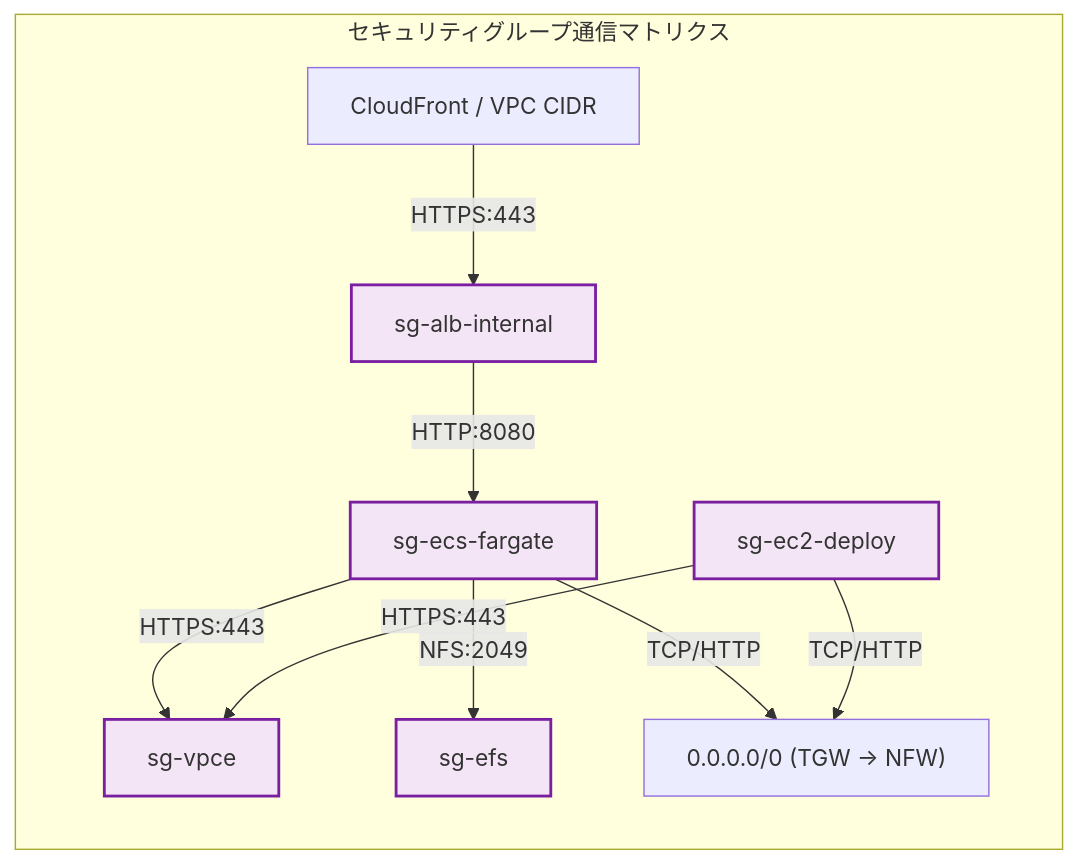
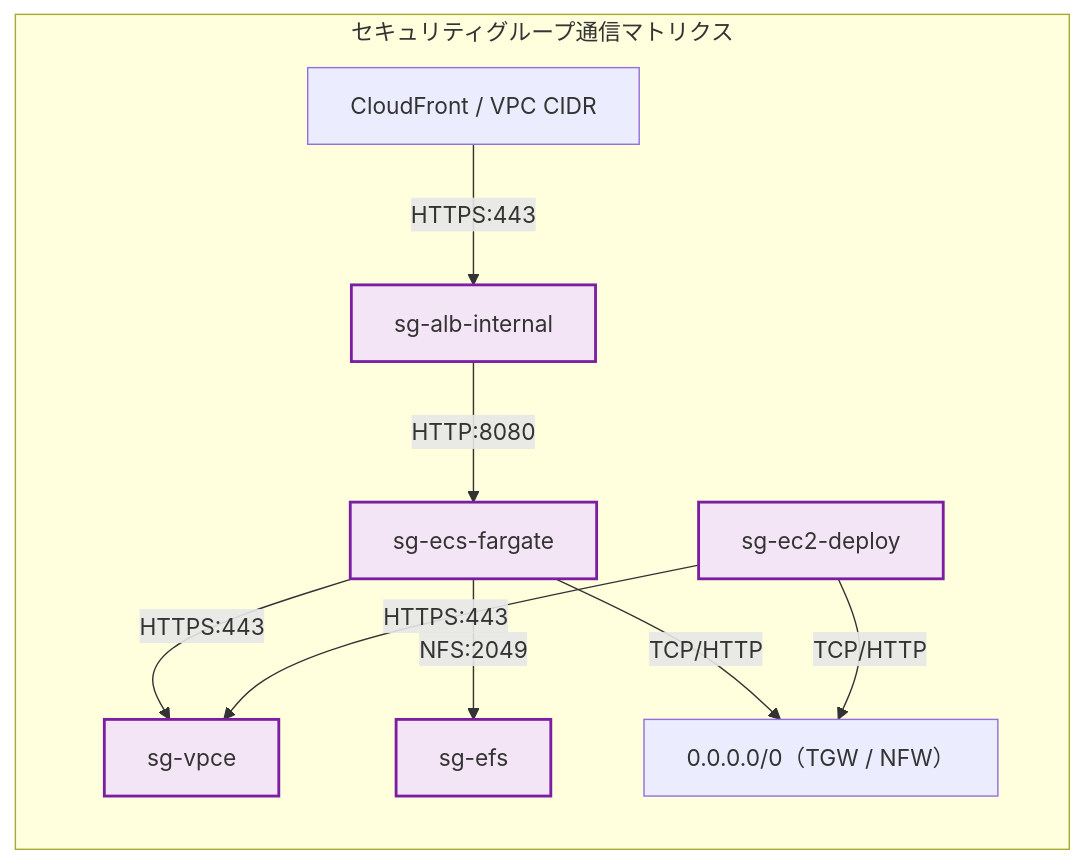
One commit to hide104y/markdown changed the eighth of 17 diagrams in AWS：ECS.md. Above: the diagram before and after it, drawn with Mermaid. The commit also changed other lines of this file, not shown here.

Commit message:
GitHubのMermaidパーサーとの互換性考慮（その２）

````diff
--- a/AWS：ECS.md
+++ b/AWS：ECS.md
@@ -1021,23 +1023,23 @@
 ```mermaid
 flowchart LR
     subgraph SGs ["セキュリティグループ通信マトリクス"]
         SG_CF["CloudFront / VPC CIDR"]
         SG_ALB["sg-alb-internal"]
         SG_ECS["sg-ecs-fargate"]
         SG_VPCE["sg-vpce"]
         SG_EFS["sg-efs"]
         SG_EC2["sg-ec2-deploy"]
-        SG_TGW["0.0.0.0/0 (TGW → NFW)"]
+        SG_TGW["0.0.0.0/0（TGW / NFW）"]
 
         SG_CF -->|"HTTPS:443"| SG_ALB
         SG_ALB -->|"HTTP:8080"| SG_ECS
         SG_ECS -->|"HTTPS:443"| SG_VPCE
         SG_ECS -->|"NFS:2049"| SG_EFS
         SG_ECS -->|"TCP/HTTP"| SG_TGW
         SG_EC2 -->|"HTTPS:443"| SG_VPCE
         SG_EC2 -->|"TCP/HTTP"| SG_TGW
     end
 
-    classDef sg fill:#f3e5f5,stroke:#7b1fa2,stroke-width:2px;
-    class SG_ALB,SG_ECS,SG_VPCE,SG_EFS,SG_EC2 sg;
+    classDef sg fill:#f3e5f5,stroke:#7b1fa2,stroke-width:2px
+    class SG_ALB,SG_ECS,SG_VPCE,SG_EFS,SG_EC2 sg
 ```
````
